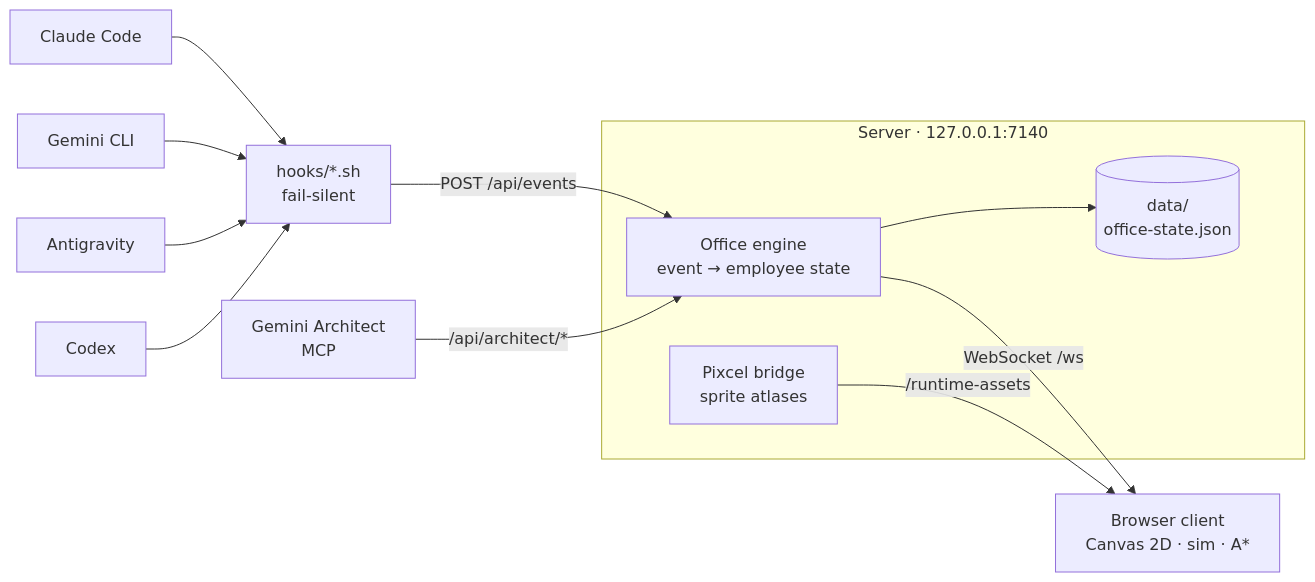
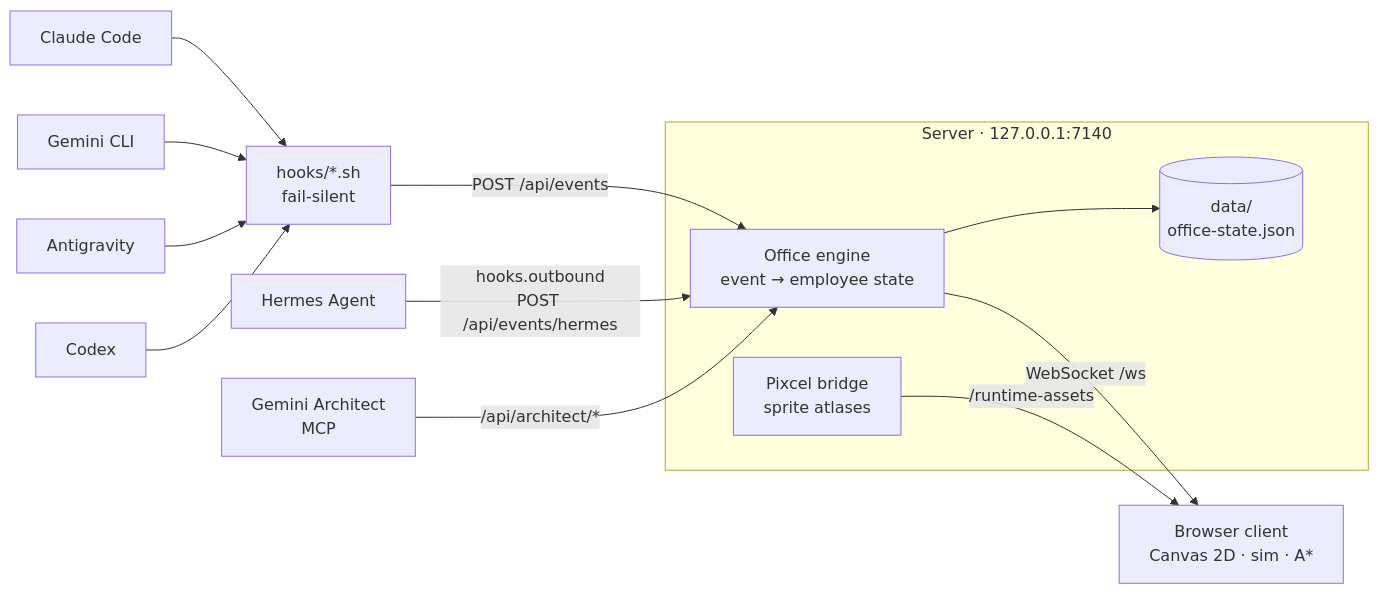
The diagram in README.md (pakornpong/iherk-hell-factory), drawn with Mermaid before and after one commit. The commit also changed other lines of this file and 11 other files, not shown here.

````diff
--- a/README.md
+++ b/README.md
@@ -94,15 +95,16 @@
 ```mermaid
 flowchart LR
     CC[Claude Code] --> H
     GM[Gemini CLI] --> H
     AG[Antigravity] --> H
     CX[Codex] --> H
     H["hooks/*.sh<br/>fail-silent"] -->|POST /api/events| E
+    HM[Hermes Agent] -->|"hooks.outbound<br/>POST /api/events/hermes"| E
     subgraph S["Server · 127.0.0.1:7140"]
         E["Office engine<br/>event → employee state"] --> ST[("data/<br/>office-state.json")]
         PX["Pixcel bridge<br/>sprite atlases"]
     end
     E -->|WebSocket /ws| C["Browser client<br/>Canvas 2D · sim · A*"]
     PX -->|/runtime-assets| C
     MCP["Gemini Architect<br/>MCP"] -->|/api/architect/*| E
 ```
````
